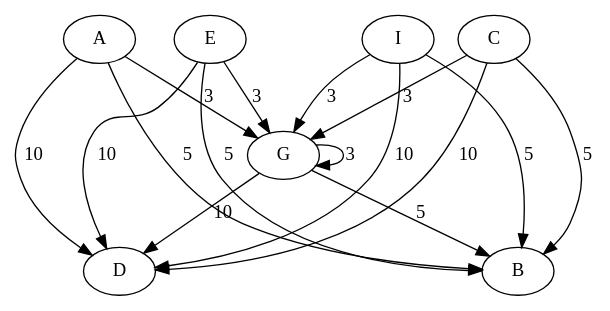
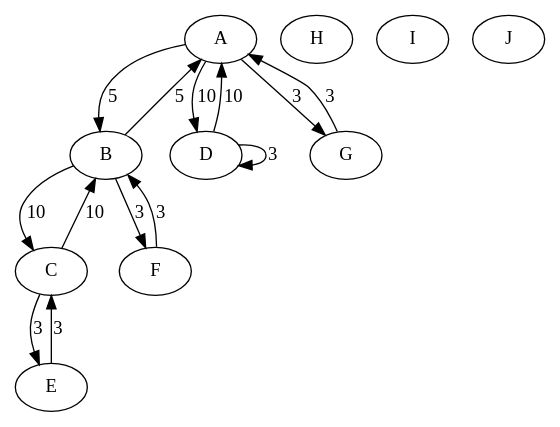
The diagram in test.dot (caco26i/IO-S2-2018), drawn with Graphviz before and after one commit. The commit also changed 6 other files, not shown here.

```diff
--- a/test.dot
+++ b/test.dot
@@ -1,17 +1,25 @@
 digraph G {
+A
 A -> B [ label="5" ];
 A -> D [ label="10" ];
 A -> G [ label="3" ];
-C -> B [ label="5" ];
-C -> D [ label="10" ];
-C -> G [ label="3" ];
-E -> B [ label="5" ];
-E -> D [ label="10" ];
-E -> G [ label="3" ];
-G -> B [ label="5" ];
-G -> D [ label="10" ];
-G -> G [ label="3" ];
-I -> B [ label="5" ];
-I -> D [ label="10" ];
-I -> G [ label="3" ];
+B
+B -> A [ label="5" ];
+B -> C [ label="10" ];
+B -> F [ label="3" ];
+C
+C -> B [ label="10" ];
+C -> E [ label="3" ];
+D
+D -> A [ label="10" ];
+D -> D [ label="3" ];
+E
+E -> C [ label="3" ];
+F
+F -> B [ label="3" ];
+G
+G -> A [ label="3" ];
+H
+I
+J
 }
```
